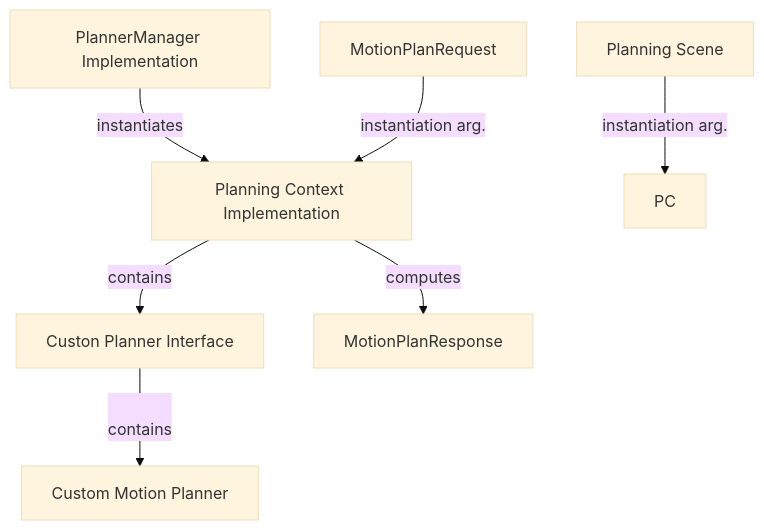
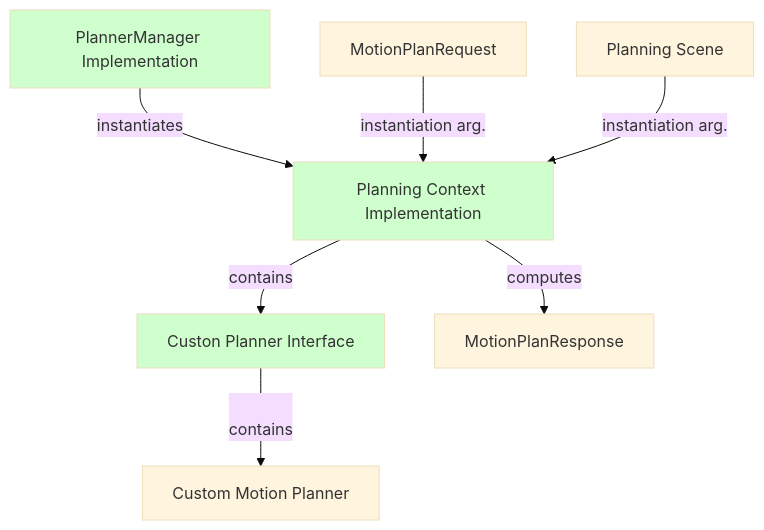
One commit to rafaelrojasmiliani/moveit_tutorial changed the diagram in 07_moveit_plugings/src/a_planner_manager/readme.md. Above: the diagram before and after it, drawn with Mermaid (base theme).

Commit message:
[07] doc

````diff
--- a/07_moveit_plugings/src/a_planner_manager/readme.md
+++ b/07_moveit_plugings/src/a_planner_manager/readme.md
@@ -12,9 +12,12 @@
 ```mermaid
 graph TD;
     PM[PlannerManager Implementation] -- instantiates --> PCI;
     PCI[Planning Context Implementation] --  contains -->  PI;
     MPR[MotionPlanRequest] -- instantiation arg. --> PCI;
-    PS[Planning Scene] -- instantiation arg. --> PC;
+    PS[Planning Scene] -- instantiation arg. --> PCI;
     PCI -- computes --> MPRES[MotionPlanResponse];
     PI[Custon Planner Interface] -- <br/>contains --> CMP[Custom Motion Planner];
+    style PM fill:#CFFFCD;
+    style PCI fill:#CFFFCD;
+    style PI fill:#CFFFCD;
 ```
````
